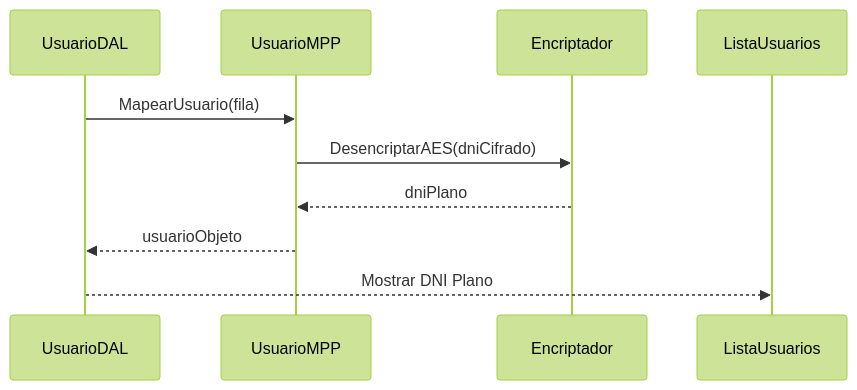
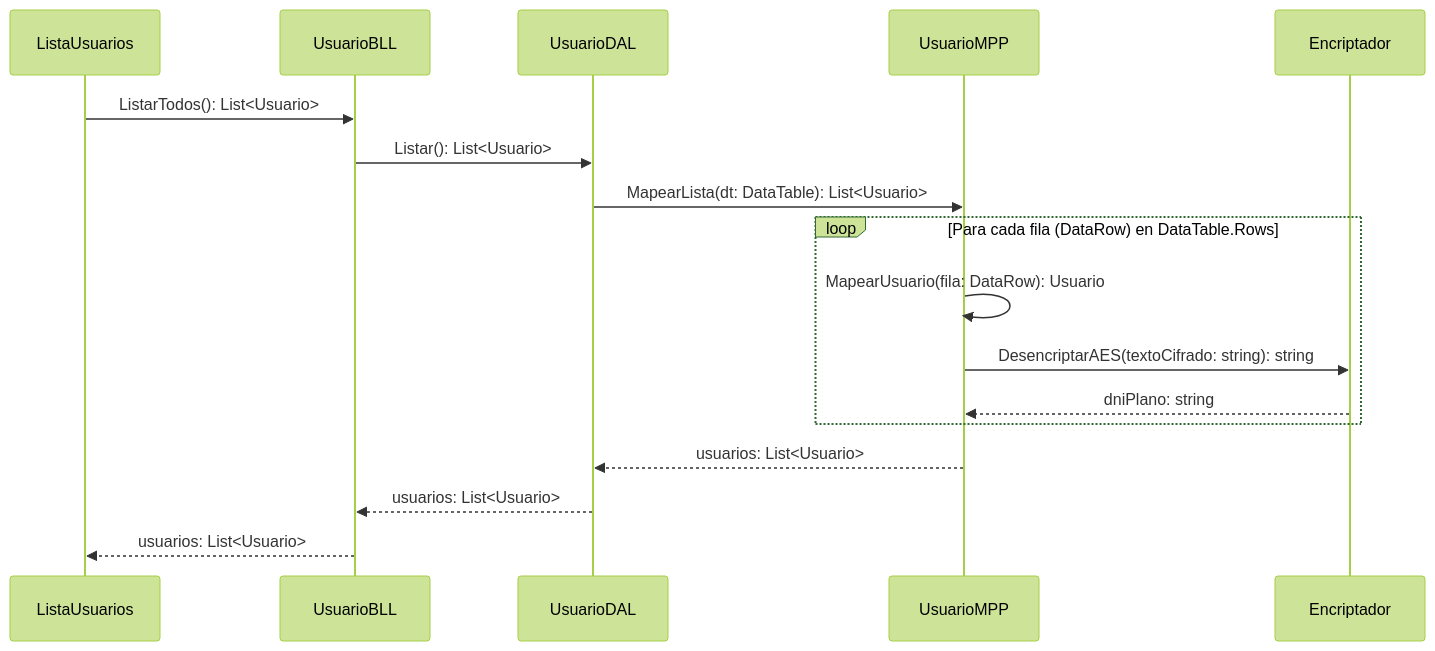
One commit to condenl/Trabajo-Practico-Final changed diagram 13 of 19 in Documentacion/Carpeta_Documentacion.md. Above: the diagram before and after it, drawn with Mermaid (forest theme). The commit also changed other lines of this file and 3 other files, not shown here.

Commit message:
Cambios: + Diagramas de clase - indicar todos los metodos + DS incluir firmas + Agregar alta de idioma DS + Agregar idioma y cerrar sesion, reflejar cambios + Mantener el idioma seleccionado

````diff
--- a/Documentacion/Carpeta_Documentacion.md
+++ b/Documentacion/Carpeta_Documentacion.md
@@ -2229,13 +2315,22 @@
 ```mermaid
 sequenceDiagram
+    participant UI as ListaUsuarios
+    participant BLL as UsuarioBLL
     participant DAL as UsuarioDAL
     participant MPP as UsuarioMPP
     participant Enc as Encriptador
-    participant UI as ListaUsuarios
 
-    DAL->>MPP: MapearUsuario(fila)
-    MPP->>Enc: DesencriptarAES(dniCifrado)
-    Enc-->>MPP: dniPlano
-    MPP-->>DAL: usuarioObjeto
-    DAL-->>UI: Mostrar DNI Plano
+    UI->>BLL: ListarTodos(): List<Usuario>
+    BLL->>DAL: Listar(): List<Usuario>
+    DAL->>MPP: MapearLista(dt: DataTable): List<Usuario>
+    
+    loop Para cada fila (DataRow) en DataTable.Rows
+        MPP->>MPP: MapearUsuario(fila: DataRow): Usuario
+        MPP->>Enc: DesencriptarAES(textoCifrado: string): string
+        Enc-->>MPP: dniPlano: string
+    end
+    
+    MPP-->>DAL: usuarios: List<Usuario>
+    DAL-->>BLL: usuarios: List<Usuario>
+    BLL-->>UI: usuarios: List<Usuario>
 ```
````
